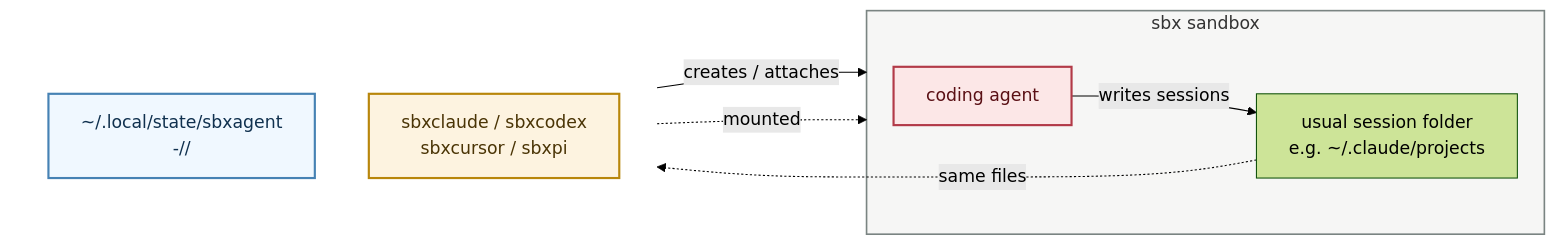
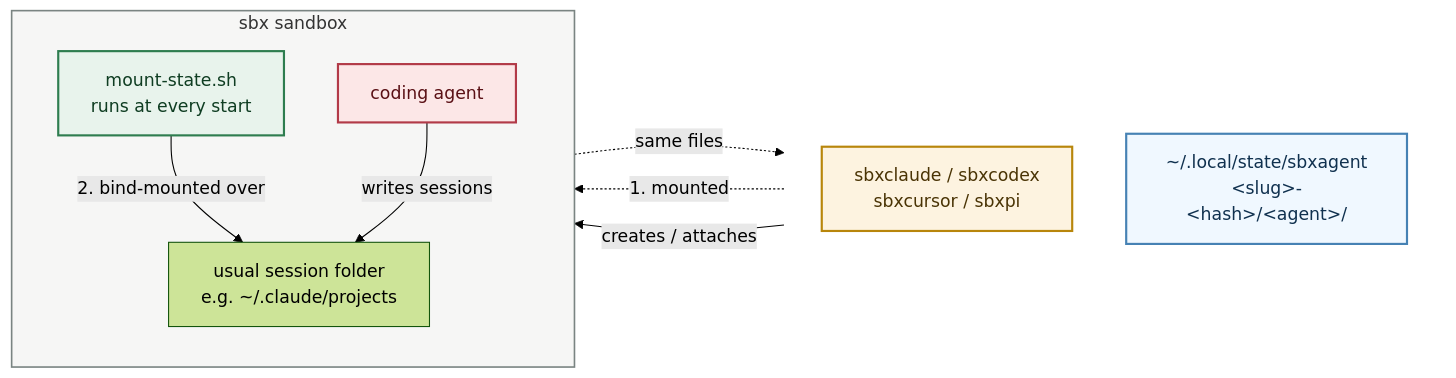
The diagram in docs/traces.md (lars20070/sbxagent), drawn with Mermaid (forest theme) before and after one commit. The commit also changed other lines of this file, not shown here.

Commit message:
Enhance traces documentation with detailed explanations of session storage and bind mount mechanics

````diff
--- a/docs/traces.md
+++ b/docs/traces.md
@@ -24,27 +35,32 @@
 ```mermaid
 flowchart LR
   subgraph HOST[" "]
     direction TB
-    STATE["~/.local/state/sbxagent<br/><slug>-<hash>/<agent>/"]
     WRAP["sbxclaude / sbxcodex<br/>sbxcursor / sbxpi"]
+    STATE["~/.local/state/sbxagent<br/>&lt;slug&gt;-&lt;hash&gt;/&lt;agent&gt;/"]
   end
 
   subgraph VM["sbx sandbox"]
+    direction TB
+    MOUNT["mount-state.sh<br/>runs at every start"]
+    STOCK["usual session folder<br/>e.g. ~/.claude/projects"]
     AGENT["coding agent"]
-    STOCK["usual session folder<br/>e.g. ~/.claude/projects"]
   end
 
   WRAP -->|"creates / attaches"| VM
-  STATE -.->|"mounted"| VM
+  STATE -.->|"1. mounted"| MOUNT
+  MOUNT -->|"2. bind-mounted over"| STOCK
   AGENT -->|"writes sessions"| STOCK
   STOCK -.->|"same files"| STATE
 
   classDef data    fill:aliceblue,stroke:steelblue,stroke-width:2px,color:#10314F
   classDef host    fill:#FDF3E0,stroke:#B8860B,stroke-width:2px,color:#4A3405
   classDef agent   fill:#FCE7E7,stroke:#B23A48,stroke-width:2px,color:#5A1015
+  classDef step    fill:#E8F3EC,stroke:#2E7D4F,stroke-width:2px,color:#0F3D22
   class STATE data
   class WRAP host
   class AGENT agent
+  class MOUNT step
   style VM fill:#F6F6F5,stroke:#7A8482,stroke-width:1.5px
   style HOST fill:none,stroke:none
 ```
````
